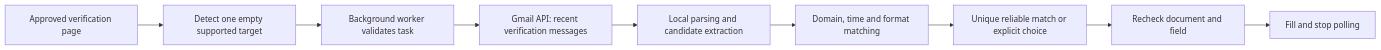
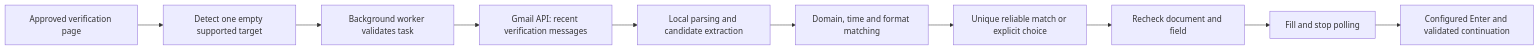
One commit to Heyykrishnna/otp-autofill changed the diagram in README.md. Above: the diagram before and after it, drawn with Mermaid. The commit also changed other lines of this file and 44 other files, not shown here.

````diff
--- a/README.md
+++ b/README.md
@@ -105,11 +112,12 @@
 ```mermaid
 flowchart LR
     A[Approved verification page] --> B[Detect one empty supported target]
     B --> C[Background worker validates task]
     C --> D[Gmail API: recent verification messages]
     D --> E[Local parsing and candidate extraction]
     E --> F[Domain, time and format matching]
     F --> G[Unique reliable match or explicit choice]
     G --> H[Recheck document and field]
     H --> I[Fill and stop polling]
+    I --> J[Configured Enter and validated continuation]
 ```
````
